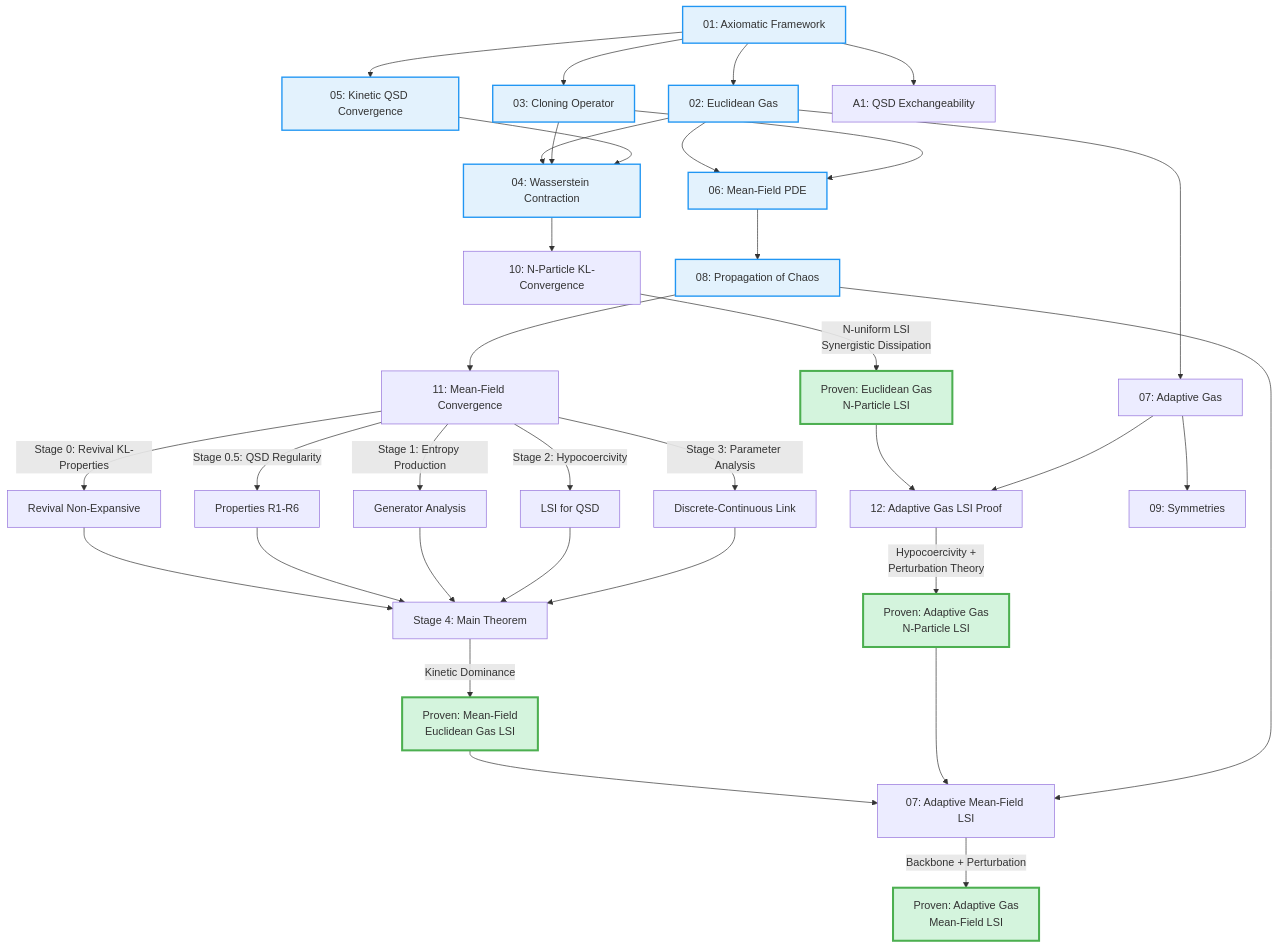
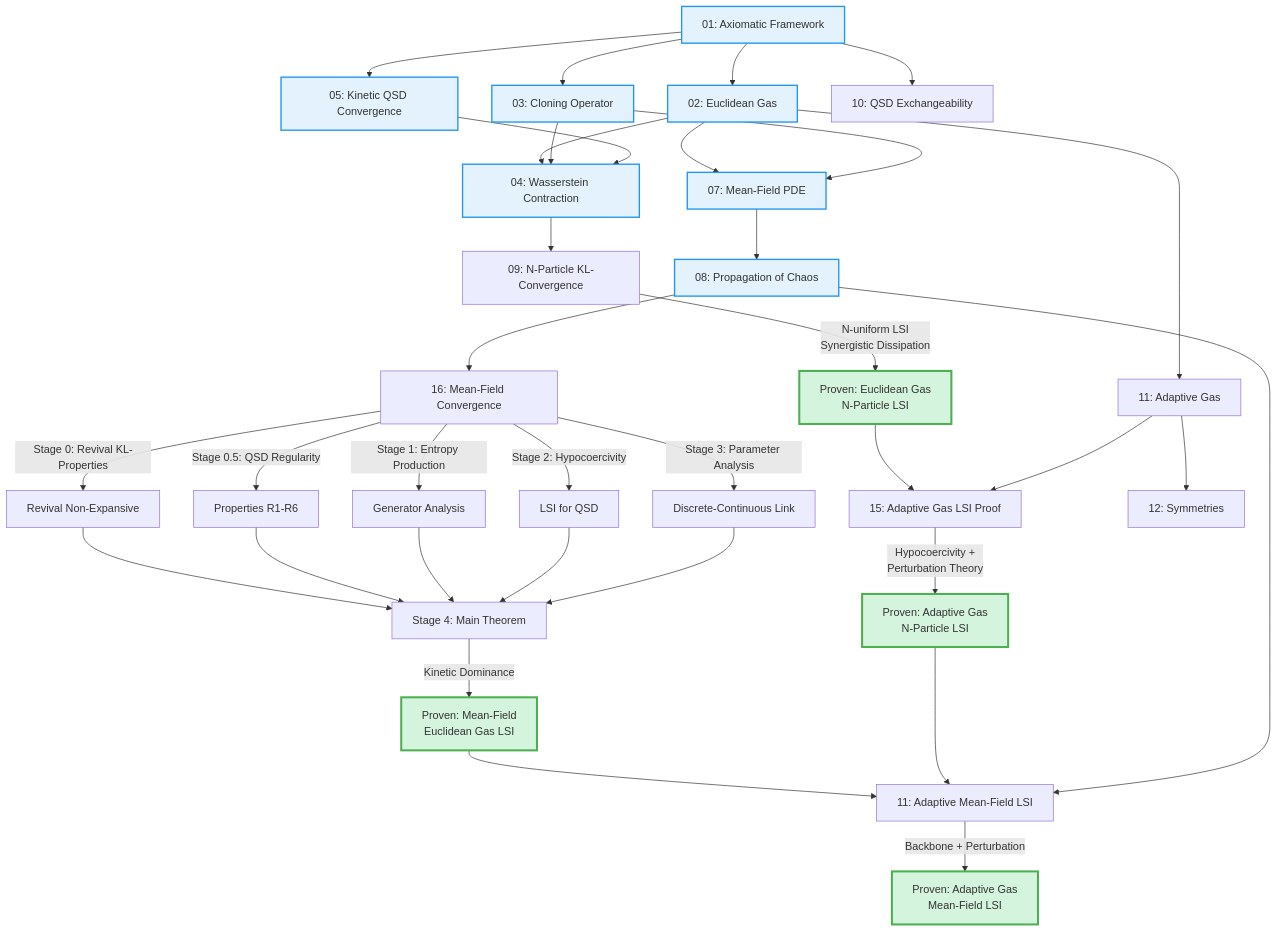
Before and after one commit to FragileTech/fragile: the diagram in algorithm/00_PROJECT_SUMMARY_AND_PROOF_MAP.md, drawn with Mermaid. The commit also changed other lines of this file and 16 other files, not shown here.

````diff
--- a/algorithm/00_PROJECT_SUMMARY_AND_PROOF_MAP.md
+++ b/algorithm/00_PROJECT_SUMMARY_AND_PROOF_MAP.md
@@ -91,60 +91,60 @@
 ```mermaid
 flowchart TD
     %% Foundation Layer
     A[01: Axiomatic Framework] --> B[02: Euclidean Gas]
     A --> C[03: Cloning Operator]
     A --> D[05: Kinetic QSD Convergence]
 
     %% Euclidean Gas Convergence
     B --> E[04: Wasserstein Contraction]
     C --> E
     D --> E
 
     %% N-Particle Euclidean Gas LSI
-    E --> F[10: N-Particle KL-Convergence]
+    E --> F[09: N-Particle KL-Convergence]
     F --> |"N-uniform LSI<br/>Synergistic Dissipation"| F1[Proven: Euclidean Gas<br/>N-Particle LSI]
 
     %% Mean-Field Euclidean Gas
-    B --> G[06: Mean-Field PDE]
+    B --> G[07: Mean-Field PDE]
     C --> G
     G --> H[08: Propagation of Chaos]
 
     %% Mean-Field LSI for Euclidean Gas
-    H --> I[11: Mean-Field Convergence]
+    H --> I[16: Mean-Field Convergence]
     I --> |"Stage 0: Revival KL-Properties"| I1[Revival Non-Expansive]
     I --> |"Stage 0.5: QSD Regularity"| I2[Properties R1-R6]
     I --> |"Stage 1: Entropy Production"| I3[Generator Analysis]
     I --> |"Stage 2: Hypocoercivity"| I4[LSI for QSD]
     I --> |"Stage 3: Parameter Analysis"| I5[Discrete-Continuous Link]
     I1 --> I6[Stage 4: Main Theorem]
     I2 --> I6
     I3 --> I6
     I4 --> I6
     I5 --> I6
     I6 --> |"Kinetic Dominance"| I7[Proven: Mean-Field<br/>Euclidean Gas LSI]
 
     %% Adaptive Gas Extensions
-    B --> J[07: Adaptive Gas]
+    B --> J[11: Adaptive Gas]
 
     %% N-Particle Adaptive Gas LSI
-    F1 --> K[12: Adaptive Gas LSI Proof]
+    F1 --> K[15: Adaptive Gas LSI Proof]
     J --> K
     K --> |"Hypocoercivity +<br/>Perturbation Theory"| K1[Proven: Adaptive Gas<br/>N-Particle LSI]
 
     %% Mean-Field Adaptive Gas LSI
-    I7 --> L[07: Adaptive Mean-Field LSI]
+    I7 --> L[11: Adaptive Mean-Field LSI]
     K1 --> L
     H --> L
     L --> |"Backbone + Perturbation"| L1[Proven: Adaptive Gas<br/>Mean-Field LSI]
 
     %% Additional Theory
-    J --> M[09: Symmetries]
-    A --> N[A1: QSD Exchangeability]
+    J --> M[12: Symmetries]
+    A --> N[10: QSD Exchangeability]
 
     %% Styling
     classDef proven fill:#d4f4dd,stroke:#4caf50,stroke-width:3px
     classDef foundation fill:#e3f2fd,stroke:#2196f3,stroke-width:2px
 
     class F1,I7,K1,L1 proven
     class A,B,C,D,E,G,H foundation
 ```
````
